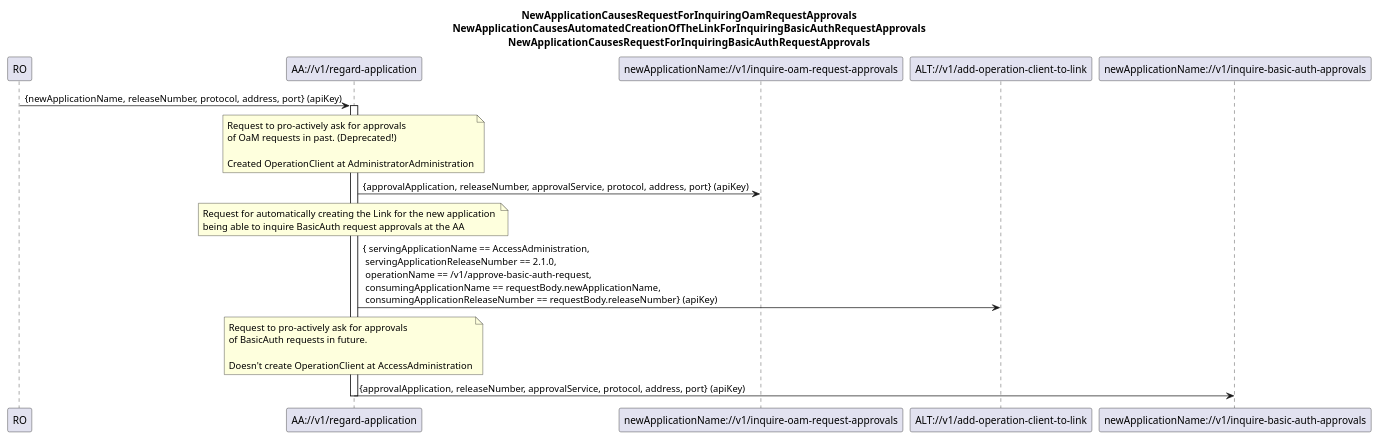
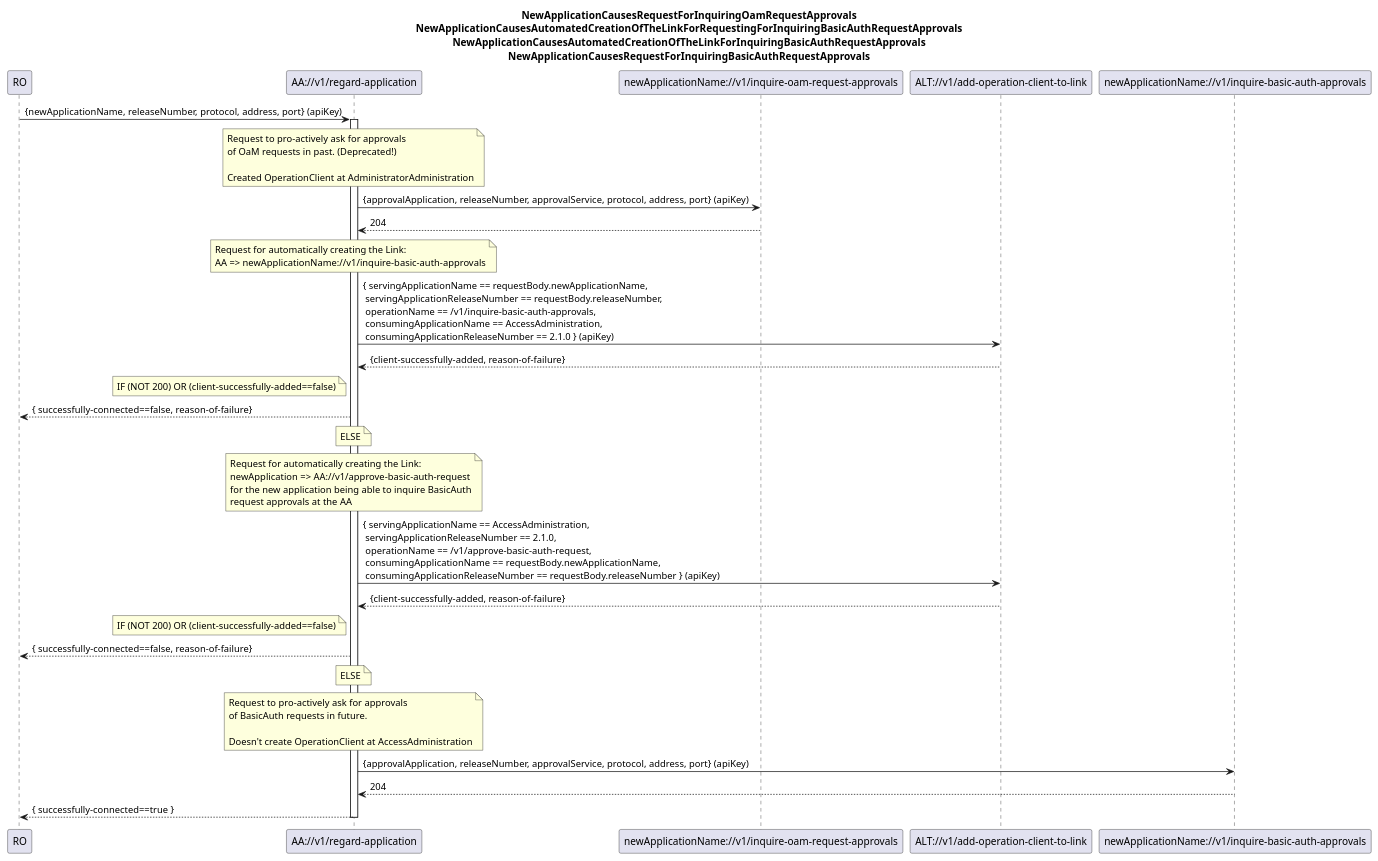
The diagram in spec/diagrams/is001_regardApplication.plantuml (openBackhaul/AdministratorAdministration), drawn with PlantUML before and after one commit. The commit also changed 3 other files, not shown here.

```diff
--- a/spec/diagrams/is001_regardApplication.plantuml
+++ b/spec/diagrams/is001_regardApplication.plantuml
@@ -1,43 +1,76 @@
 @startuml is001_regardApplication
 skinparam responseMessageBelowArrow true
 
 title
 NewApplicationCausesRequestForInquiringOamRequestApprovals
+NewApplicationCausesAutomatedCreationOfTheLinkForRequestingForInquiringBasicAuthRequestApprovals
 NewApplicationCausesAutomatedCreationOfTheLinkForInquiringBasicAuthRequestApprovals
 NewApplicationCausesRequestForInquiringBasicAuthRequestApprovals
 end title
 
 participant "RO" as ro
 participant "AA://v1/regard-application" as aa
 participant "newApplicationName://v1/inquire-oam-request-approvals" as newApplicationPast
 participant "ALT://v1/add-operation-client-to-link" as alt
 participant "newApplicationName://v1/inquire-basic-auth-approvals" as newApplicationFuture
 
 ro -> aa : {newApplicationName, releaseNumber, protocol, address, port} (apiKey)
 activate aa
 
 note over aa
 Request to pro-actively ask for approvals
 of OaM requests in past. (Deprecated!)
 
 Created OperationClient at AdministratorAdministration
 end note
 aa -> newApplicationPast : {approvalApplication, releaseNumber, approvalService, protocol, address, port} (apiKey)
+newApplicationPast --> aa : 204
 
 note over aa
-Request for automatically creating the Link for the new application 
-being able to inquire BasicAuth request approvals at the AA
+Request for automatically creating the Link:
+AA => newApplicationName://v1/inquire-basic-auth-approvals
 end note
-aa -> alt : { servingApplicationName == AccessAdministration,\n servingApplicationReleaseNumber == 2.1.0,\n operationName == /v1/approve-basic-auth-request,\n consumingApplicationName == requestBody.newApplicationName,\n consumingApplicationReleaseNumber == requestBody.releaseNumber} (apiKey)
+aa -> alt : { servingApplicationName == requestBody.newApplicationName,\n servingApplicationReleaseNumber == requestBody.releaseNumber,\n operationName == /v1/inquire-basic-auth-approvals,\n consumingApplicationName == AccessAdministration,\n consumingApplicationReleaseNumber == 2.1.0 } (apiKey)
+alt --> aa : {client-successfully-added, reason-of-failure}
+
+note left aa
+IF (NOT 200) OR (client-successfully-added==false)
+end note
+aa --> ro : { successfully-connected==false, reason-of-failure}
+
+note over aa
+ELSE
+end note
+
+note over aa
+Request for automatically creating the Link:
+newApplication => AA://v1/approve-basic-auth-request
+for the new application being able to inquire BasicAuth
+request approvals at the AA
+end note
+aa -> alt : { servingApplicationName == AccessAdministration,\n servingApplicationReleaseNumber == 2.1.0,\n operationName == /v1/approve-basic-auth-request,\n consumingApplicationName == requestBody.newApplicationName,\n consumingApplicationReleaseNumber == requestBody.releaseNumber } (apiKey)
+alt --> aa : {client-successfully-added, reason-of-failure}
+
+note left aa
+IF (NOT 200) OR (client-successfully-added==false)
+end note
+aa --> ro : { successfully-connected==false, reason-of-failure}
+
+note over aa
+ELSE
+end note
 
 note over aa
 Request to pro-actively ask for approvals
 of BasicAuth requests in future.
 
 Doesn't create OperationClient at AccessAdministration
 end note
 aa -> newApplicationFuture : {approvalApplication, releaseNumber, approvalService, protocol, address, port} (apiKey)
+newApplicationFuture --> aa : 204
 
+
+aa --> ro : { successfully-connected==true }
 deactivate aa
 
 @enduml
```
